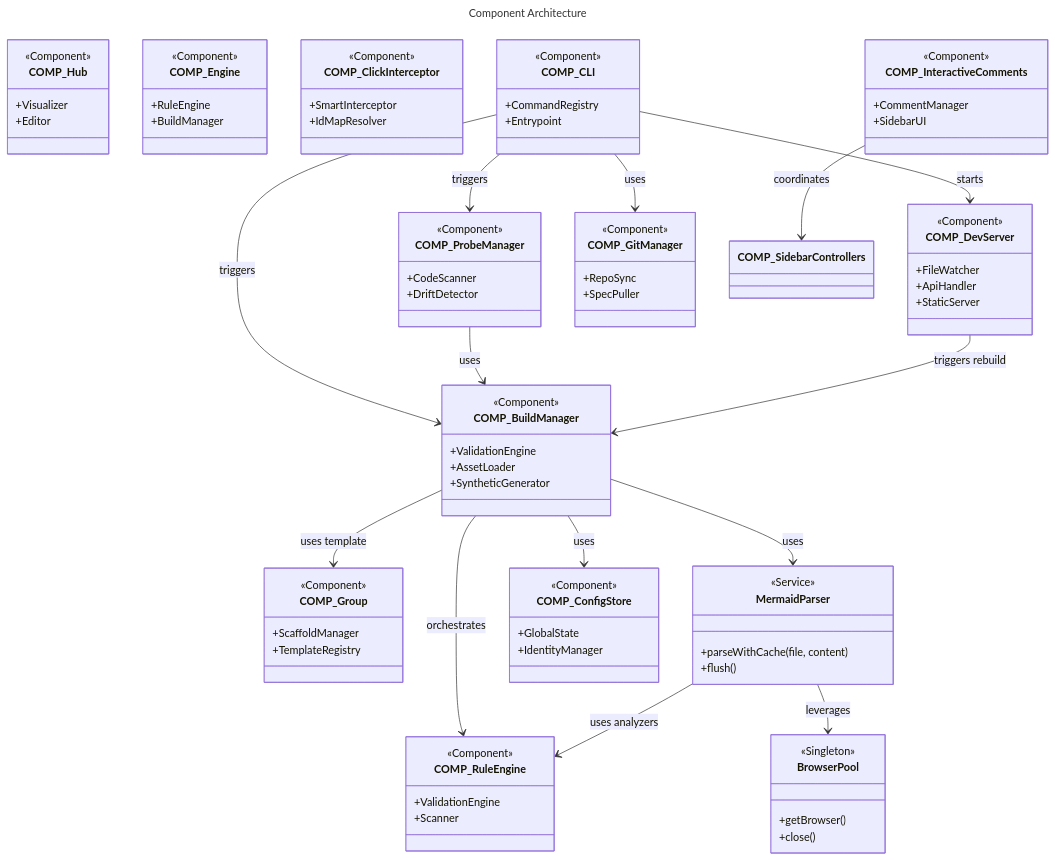
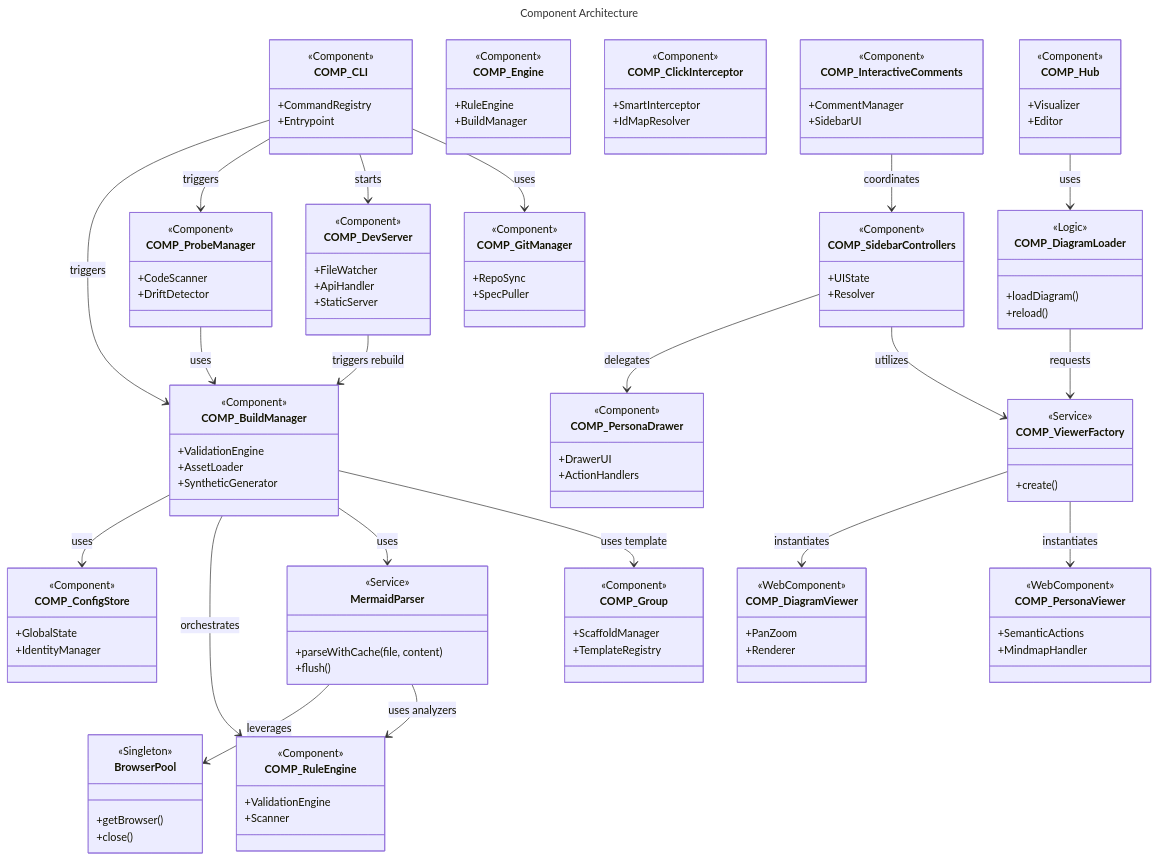
The diagram in docs/components/COMP_Overview.mermaid (futurefoundai/foundryspec), drawn with Mermaid before and after one commit. The commit also changed 16 other files, not shown here.

```diff
--- a/docs/components/COMP_Overview.mermaid
+++ b/docs/components/COMP_Overview.mermaid
@@ -1,139 +1,193 @@
 ---
 id: "COMP_Overview"
 title: Component Architecture
 description: Detailed decomposition of the FoundrySpec engine components.
 entities:
   - id: "COMP_Group"
     requirements:
   - id: "COMP_ClickInterceptor"
     requirements:
   - id: "COMP_InteractiveComments"
     requirements:
   - id: "COMP_BuildManager"
     requirements:
   - id: "COMP_MermaidParser"
     requirements:
   - id: "COMP_ProbeManager"
     requirements:
   - id: "COMP_ConfigStore"
     requirements:
   - id: "COMP_GitManager"
     requirements:
   - id: "COMP_CLI"
     requirements:
   - id: "COMP_DevServer"
     requirements:
   - id: "COMP_RuleEngine"
     requirements:
   - id: "COMP_SidebarControllers"
     description: "Handles the logic for the context sidebar and unified ID resolution."
-  - id: "COMP_MermaidParser"
-    requirements:
+  - id: "COMP_PersonaDrawer"
+    description: "Specialized UI component for managing persona-specific metadata."
+    requirements: REQ_InteractiveComments
+  - id: "COMP_PersonaViewer"
+    description: "Web Component for interactive Persona mindmaps."
+    requirements: REQ_UX
+  - id: "COMP_DiagramViewer"
+    description: "Base Web Component class for rendering and interacting with Mermaid diagrams."
+    requirements: REQ_Discovery
+  - id: "COMP_DiagramLoader"
+    description: "Central logic for fetching and transitions between views."
+    requirements: REQ_Discovery
+  - id: "COMP_ViewerFactory"
+    description: "Strategy-based factory for instantiating specialized diagram viewers."
+    requirements: REQ_Discovery
   - id: "COMP_BrowserPool"
     requirements:
   - id: "COMP_Hub"
     requirements:
   - id: "COMP_Engine"
     requirements:
 ---
 
 classDiagram
     class COMP_Hub {
         <<Component>>
         +Visualizer
         +Editor
     }
 
     class COMP_Engine {
         <<Component>>
         +RuleEngine
         +BuildManager
     }
 
     class COMP_Group {
         <<Component>>
         +ScaffoldManager
         +TemplateRegistry
     }
 
     class COMP_BuildManager {
         <<Component>>
         +ValidationEngine
         +AssetLoader
         +SyntheticGenerator
     }
 
     class MermaidParser {
         <<Service>>
         +parseWithCache(file, content)
         +flush()
     }
 
     class BrowserPool {
         <<Singleton>>
         +getBrowser()
         +close()
     }
 
     class COMP_ProbeManager {
         <<Component>>
         +CodeScanner
         +DriftDetector
     }
 
     class COMP_ClickInterceptor {
         <<Component>>
         +SmartInterceptor
         +IdMapResolver
     }
 
     class COMP_InteractiveComments {
         <<Component>>
         +CommentManager
         +SidebarUI
     }
 
     class COMP_DevServer {
         <<Component>>
         +FileWatcher
         +ApiHandler
         +StaticServer
     }
 
     class COMP_ConfigStore {
         <<Component>>
         +GlobalState
         +IdentityManager
     }
 
     class COMP_GitManager {
         <<Component>>
         +RepoSync
         +SpecPuller
     }
 
     class COMP_CLI {
         <<Component>>
         +CommandRegistry
         +Entrypoint
     }
 
     class COMP_RuleEngine {
         <<Component>>
         +ValidationEngine
         +Scanner
     }
     
+    class COMP_SidebarControllers {
+        <<Component>>
+        +UIState
+        +Resolver
+    }
+
+    class COMP_PersonaViewer {
+        <<WebComponent>>
+        +SemanticActions
+        +MindmapHandler
+    }
+
+    class COMP_PersonaDrawer {
+        <<Component>>
+        +DrawerUI
+        +ActionHandlers
+    }
+
+    class COMP_DiagramLoader {
+        <<Logic>>
+        +loadDiagram()
+        +reload()
+    }
+
+    class COMP_DiagramViewer {
+        <<WebComponent>>
+        +PanZoom
+        +Renderer
+    }
+
+    class COMP_ViewerFactory {
+        <<Service>>
+        +create()
+    }
+    
     COMP_CLI --> COMP_BuildManager : triggers
     COMP_CLI --> COMP_ProbeManager : triggers
     COMP_CLI --> COMP_DevServer : starts
     COMP_CLI --> COMP_GitManager : uses
     COMP_BuildManager --> COMP_ConfigStore : uses
     COMP_BuildManager --> COMP_RuleEngine : orchestrates
     COMP_BuildManager --> MermaidParser : uses
     MermaidParser --> BrowserPool : leverages
     MermaidParser --> COMP_RuleEngine : uses analyzers
     COMP_ProbeManager --> COMP_BuildManager : uses
     COMP_BuildManager --> COMP_Group : uses template
     COMP_DevServer --> COMP_BuildManager : triggers rebuild
     COMP_InteractiveComments --> COMP_SidebarControllers : coordinates
+    COMP_SidebarControllers --> COMP_PersonaDrawer : delegates
+    COMP_SidebarControllers --> COMP_ViewerFactory : utilizes
+    COMP_ViewerFactory --> COMP_DiagramViewer : instantiates
+    COMP_ViewerFactory --> COMP_PersonaViewer : instantiates
+    COMP_DiagramLoader --> COMP_ViewerFactory : requests
+    COMP_Hub --> COMP_DiagramLoader : uses
```
